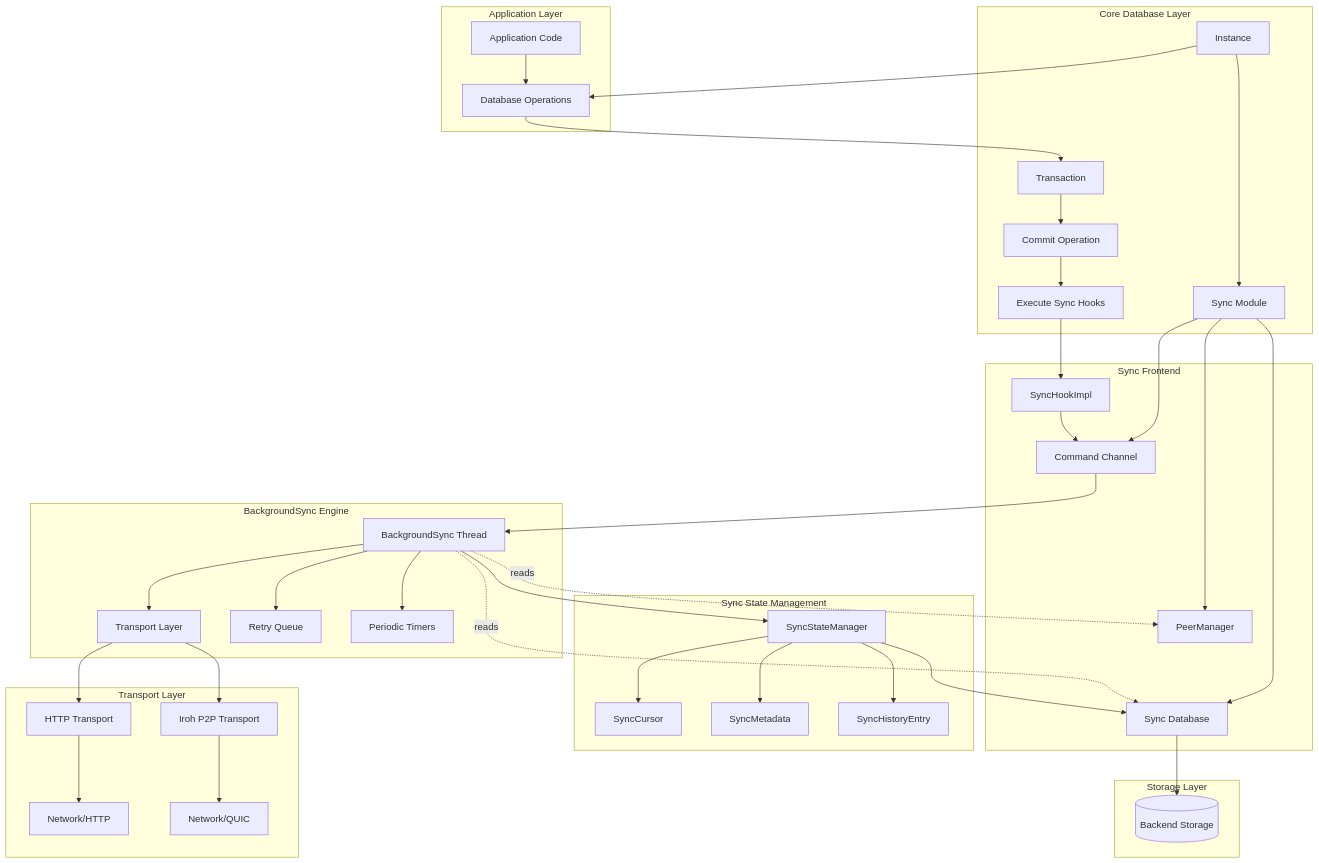
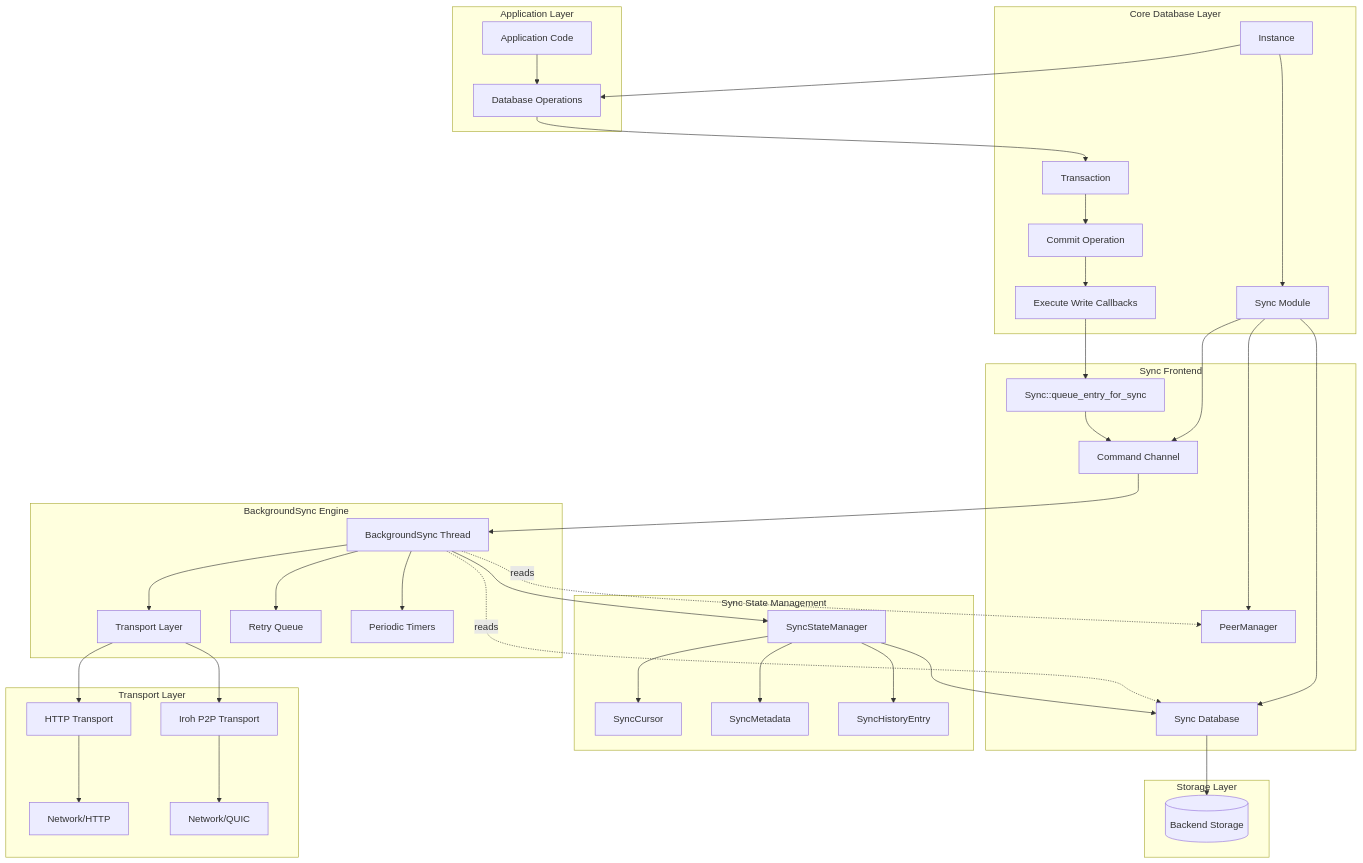
One commit to arcuru/eidetica changed the first of 7 diagrams in docs/src/internal/core_components/synchronization.md. Above: the diagram before and after it, drawn with Mermaid. The commit also changed other lines of this file and 14 other files, not shown here.

````diff
--- a/docs/src/internal/core_components/synchronization.md
+++ b/docs/src/internal/core_components/synchronization.md
@@ -16,55 +16,55 @@
 ```mermaid
 graph TB
     subgraph "Application Layer"
         APP[Application Code] --> TREE[Database Operations]
     end
 
     subgraph "Core Database Layer"
         TREE --> ATOMICOP[Transaction]
         BASEDB[Instance] --> TREE
         BASEDB --> SYNC[Sync Module]
         ATOMICOP --> COMMIT[Commit Operation]
-        COMMIT --> HOOKS[Execute Sync Hooks]
+        COMMIT --> CALLBACKS[Execute Write Callbacks]
     end
 
     subgraph "Sync Frontend"
         SYNC[Sync Module] --> CMDTX[Command Channel]
         SYNC --> PEERMGR[PeerManager]
         SYNC --> SYNCTREE[Sync Database]
-        HOOKS --> SYNCHOOK[SyncHookImpl]
-        SYNCHOOK --> CMDTX
+        CALLBACKS --> QUEUEENTRY[Sync::queue_entry_for_sync]
+        QUEUEENTRY --> CMDTX
     end
 
     subgraph "BackgroundSync Engine"
         CMDTX --> BGSYNC[BackgroundSync Thread]
         BGSYNC --> TRANSPORT[Transport Layer]
         BGSYNC --> RETRY[Retry Queue]
         BGSYNC --> TIMERS[Periodic Timers]
         BGSYNC -.->|reads| SYNCTREE[Sync Database]
         BGSYNC -.->|reads| PEERMGR[PeerManager]
     end
 
     subgraph "Sync State Management"
         SYNCSTATE[SyncStateManager]
         SYNCCURSOR[SyncCursor]
         SYNCMETA[SyncMetadata]
         SYNCHISTORY[SyncHistoryEntry]
         SYNCSTATE --> SYNCCURSOR
         SYNCSTATE --> SYNCMETA
         SYNCSTATE --> SYNCHISTORY
         BGSYNC --> SYNCSTATE
     end
 
     subgraph "Storage Layer"
         BACKEND[(Backend Storage)]
         SYNCTREE --> BACKEND
         SYNCSTATE --> SYNCTREE
     end
 
     subgraph "Transport Layer"
         TRANSPORT --> HTTP[HTTP Transport]
         TRANSPORT --> IROH[Iroh P2P Transport]
         HTTP --> NETWORK1[Network/HTTP]
         IROH --> NETWORK2[Network/QUIC]
     end
 ```
````
